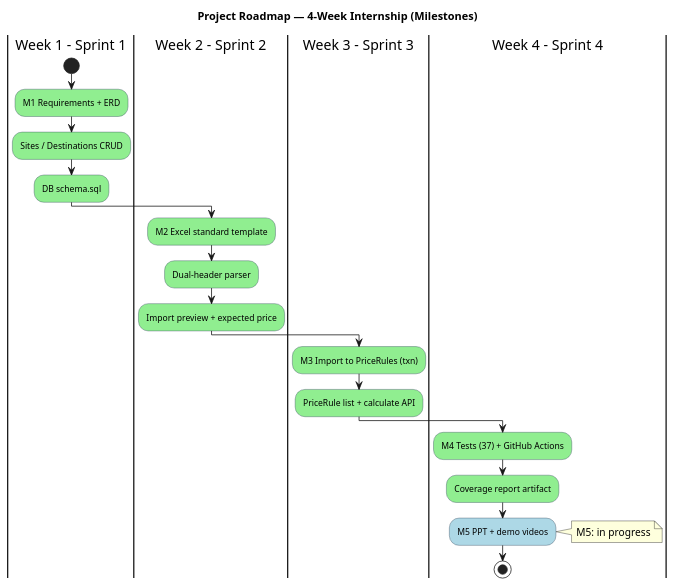
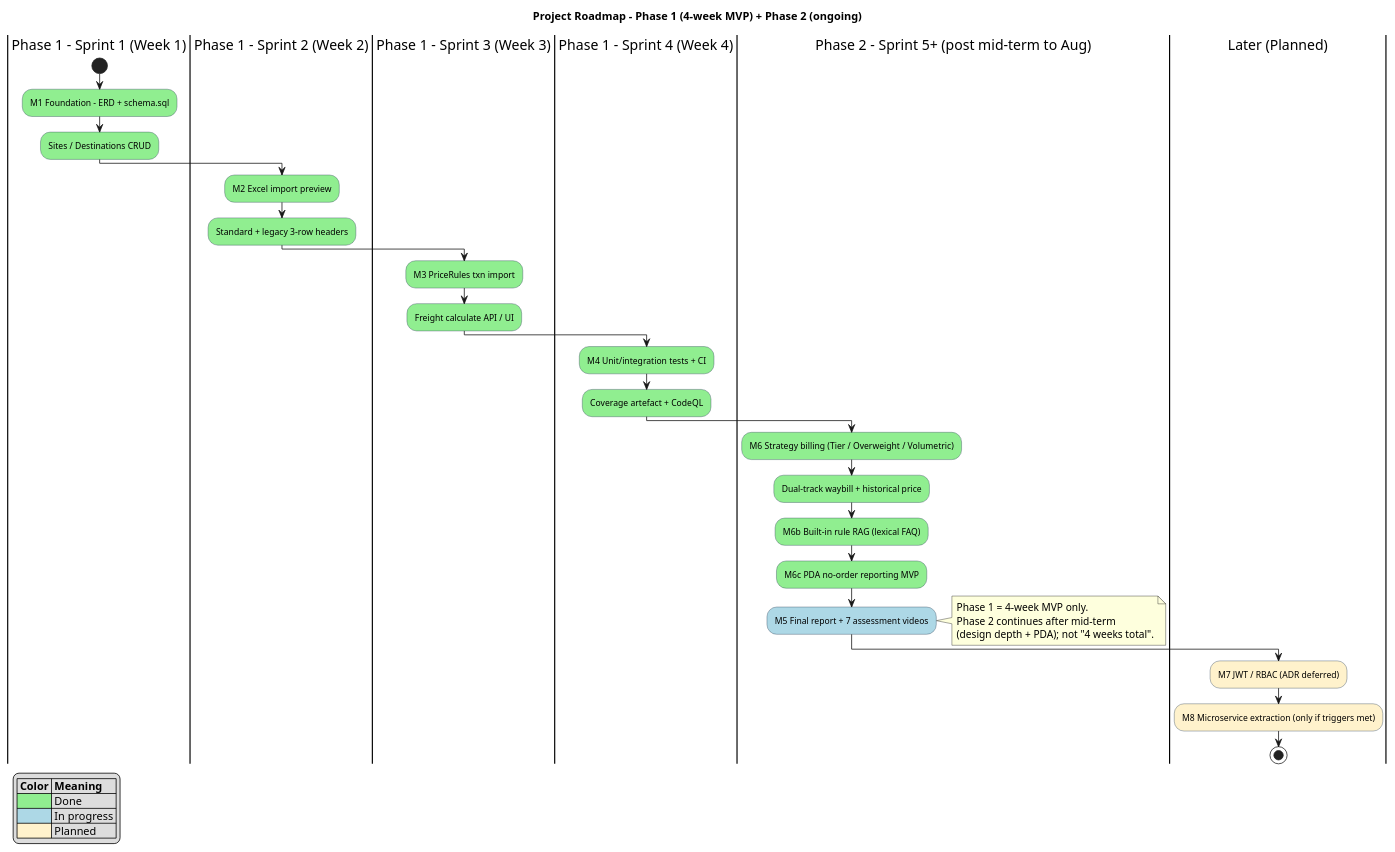
The diagram in docs/diagrams/10-roadmap-milestones.puml (chenyuxiangAK47/cloudwarehouse-csharp), drawn with PlantUML before and after one commit. The commit also changed 98 other files, not shown here.

```diff
--- a/docs/diagrams/10-roadmap-milestones.puml
+++ b/docs/diagrams/10-roadmap-milestones.puml
@@ -1,37 +1,52 @@
-@startuml CloudWarehouse_Roadmap_4_Weeks
-title Project Roadmap — 4-Week Internship (Milestones)
+@startuml CloudWarehouse_Roadmap_Phases
+title Project Roadmap - Phase 1 (4-week MVP) + Phase 2 (ongoing)
 
 skinparam activity {
   BackgroundColor #F8F9FA
   BorderColor #34495e
   FontSize 11
 }
 
-' Color syntax: #Color:Activity text;   (NOT a separate line #Color;done)
+legend left
+  |= Color |= Meaning |
+  | <#90EE90> | Done |
+  | <#ADD8E6> | In progress |
+  | <#FFF2CC> | Planned |
+endlegend
 
-|Week 1 - Sprint 1|
+|Phase 1 - Sprint 1 (Week 1)|
 start
-#90EE90:M1 Requirements + ERD;
+#90EE90:M1 Foundation - ERD + schema.sql;
 #90EE90:Sites / Destinations CRUD;
-#90EE90:DB schema.sql;
 
-|Week 2 - Sprint 2|
-#90EE90:M2 Excel standard template;
-#90EE90:Dual-header parser;
-#90EE90:Import preview + expected price;
+|Phase 1 - Sprint 2 (Week 2)|
+#90EE90:M2 Excel import preview;
+#90EE90:Standard + legacy 3-row headers;
 
-|Week 3 - Sprint 3|
-#90EE90:M3 Import to PriceRules (txn);
-#90EE90:PriceRule list + calculate API;
+|Phase 1 - Sprint 3 (Week 3)|
+#90EE90:M3 PriceRules txn import;
+#90EE90:Freight calculate API / UI;
 
-|Week 4 - Sprint 4|
-#90EE90:M4 Tests (37) + GitHub Actions;
-#90EE90:Coverage report artifact;
-#ADD8E6:M5 PPT + demo videos;
+|Phase 1 - Sprint 4 (Week 4)|
+#90EE90:M4 Unit/integration tests + CI;
+#90EE90:Coverage artefact + CodeQL;
+
+|Phase 2 - Sprint 5+ (post mid-term to Aug)|
+#90EE90:M6 Strategy billing (Tier / Overweight / Volumetric);
+#90EE90:Dual-track waybill + historical price;
+#90EE90:M6b Built-in rule RAG (lexical FAQ);
+#90EE90:M6c PDA no-order reporting MVP;
+#ADD8E6:M5 Final report + 7 assessment videos;
 note right
-  M5: in progress
+  Phase 1 = 4-week MVP only.
+  Phase 2 continues after mid-term
+  (design depth + PDA); not "4 weeks total".
 end note
+
+|Later (Planned)|
+#FFF2CC:M7 JWT / RBAC (ADR deferred);
+#FFF2CC:M8 Microservice extraction (only if triggers met);
 
 stop
 
 @enduml
```
